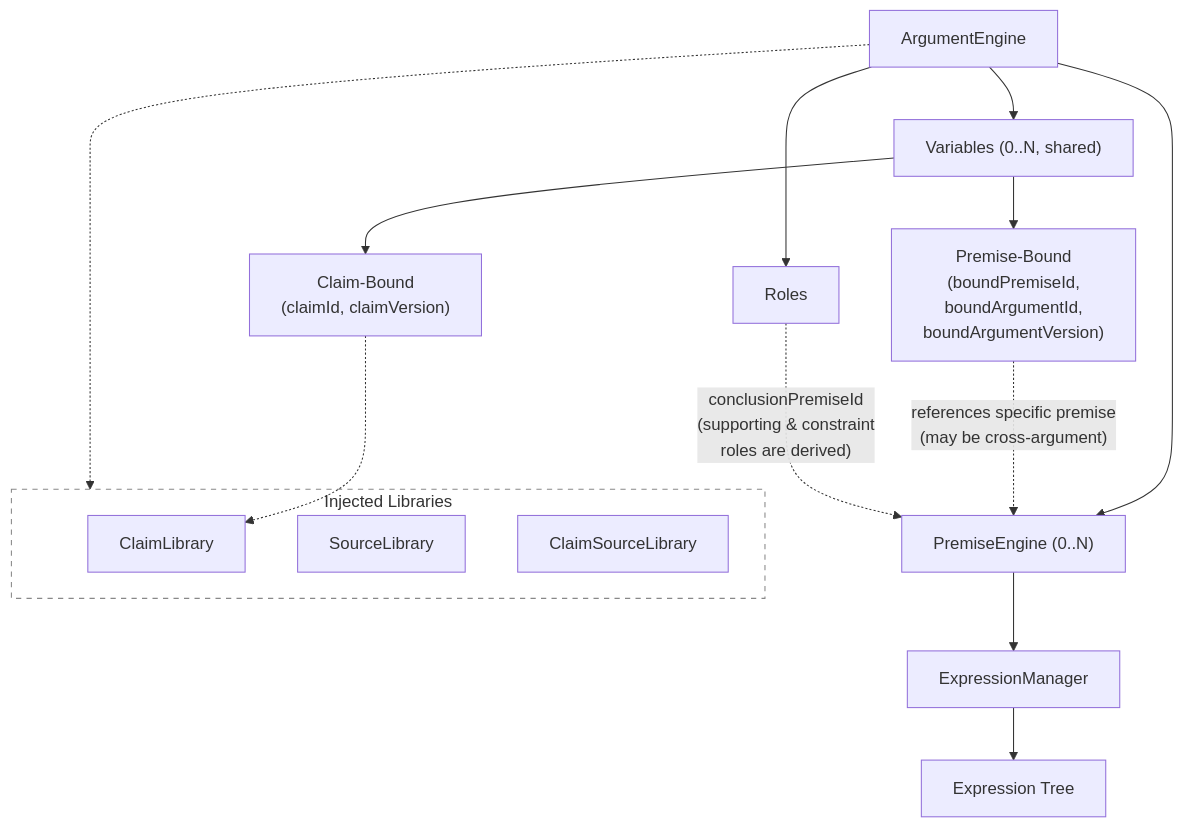
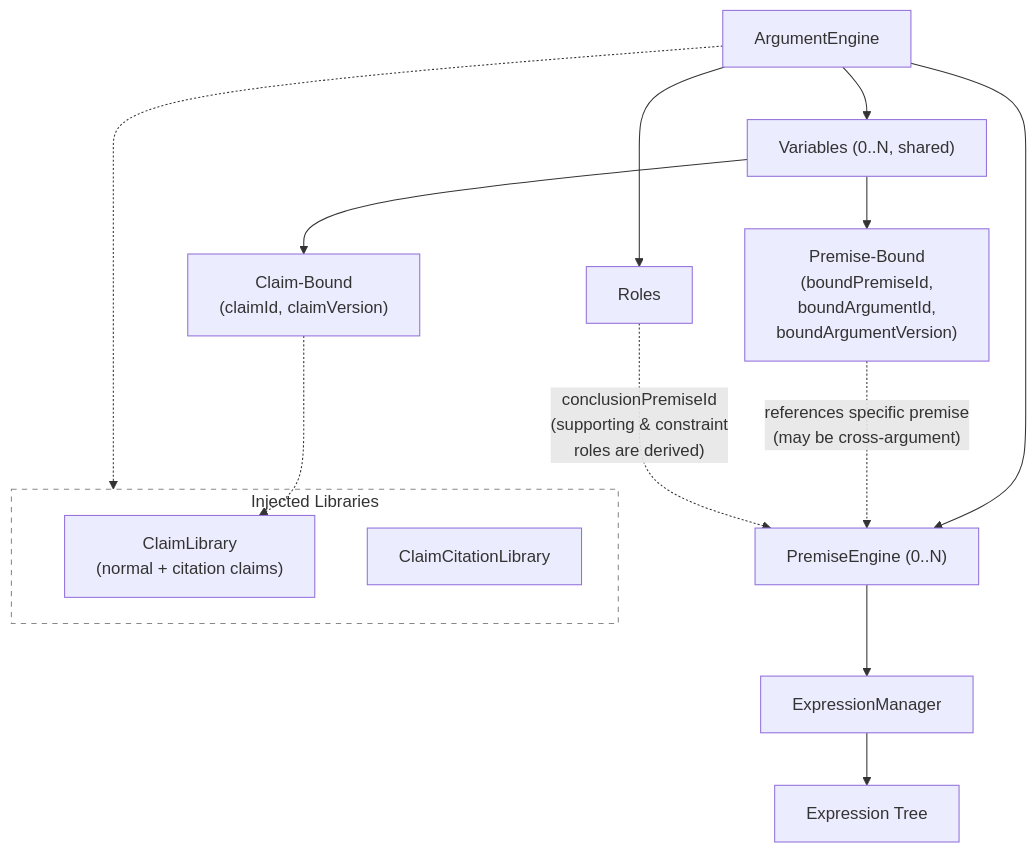
Before and after one commit to Proposit-App/proposit-core: the first of 4 diagrams in README.md, drawn with Mermaid. The commit also changed other lines of this file and 3 other files, not shown here.

Commit message:
docs(api): refresh JSDoc for source-as-claim model

````diff
--- a/README.md
+++ b/README.md
@@ -11,29 +11,28 @@
 ```mermaid
 flowchart TD
     AE["ArgumentEngine"]
 
     AE --> PM["PremiseEngine (0..N)"]
     AE --> VM["Variables (0..N, shared)"]
     AE --> Roles["Roles"]
 
     PM --> EM["ExpressionManager"]
     EM --> ET["Expression Tree"]
 
     VM --> CBV["Claim-Bound\n(claimId, claimVersion)"]
     VM --> PBV["Premise-Bound\n(boundPremiseId,\nboundArgumentId,\nboundArgumentVersion)"]
 
     CBV -.-> CL
     PBV -.->|"references specific premise\n(may be cross-argument)"| PM
 
     Roles -.->|"conclusionPremiseId\n(supporting & constraint\nroles are derived)"| PM
 
     subgraph Injected["Injected Libraries"]
-        CL["ClaimLibrary"]
-        SL["SourceLibrary"]
-        CSL["ClaimSourceLibrary"]
+        CL["ClaimLibrary\n(normal + citation claims)"]
+        CCL["ClaimCitationLibrary"]
     end
 
     AE -.-> Injected
 
     style Injected fill:none,stroke:#888,stroke-dasharray: 5 5
 ```
````
